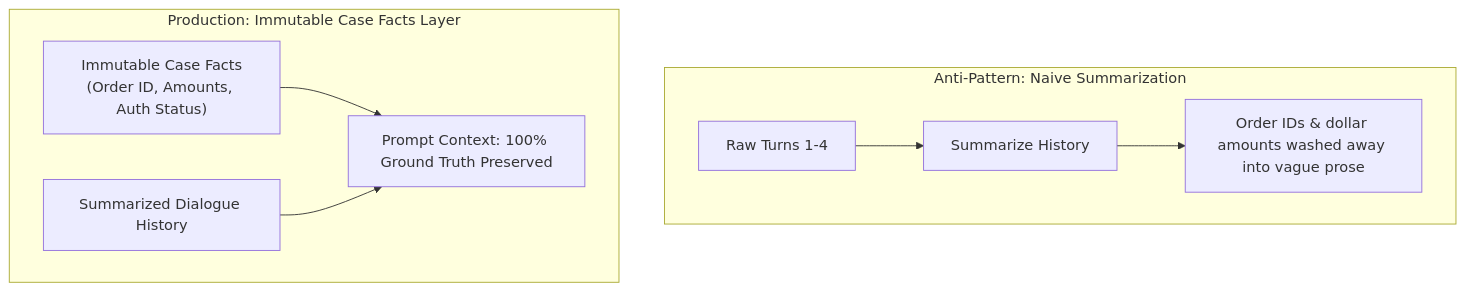
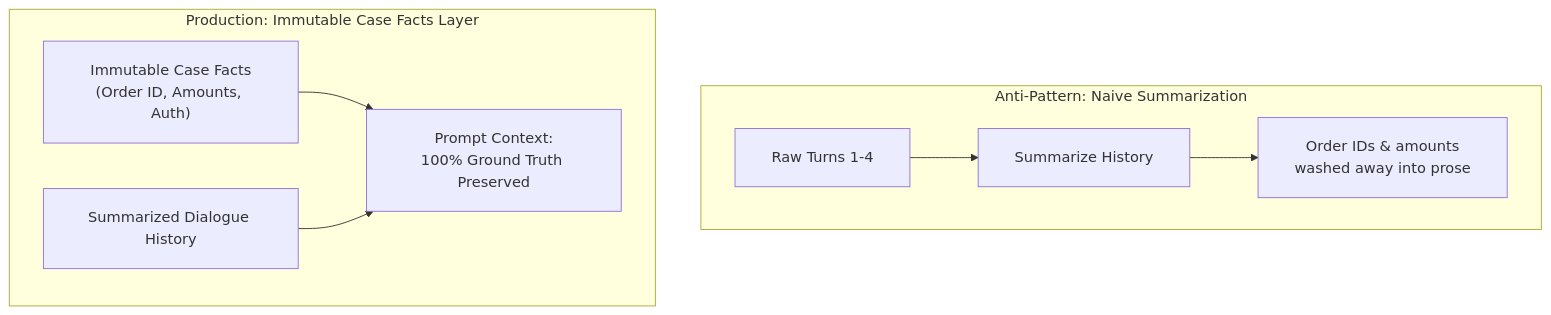
The second of 6 diagrams in domain5/KEY_CONCEPTS.md (dip4k/claude_cert_architect_foundation_prep), drawn with Mermaid before and after one commit. The commit also changed other lines of this file and 31 other files, not shown here.

First line of the commit message:
docs(diagrams): fix text trimming, padding, and layout in all mermaid diagrams

````diff
--- a/domain5/KEY_CONCEPTS.md
+++ b/domain5/KEY_CONCEPTS.md
@@ -49,13 +50,14 @@
 ```mermaid
+%%{init: {"flowchart": {"htmlLabels": true, "padding": 20}}}%%
 flowchart TD
     subgraph Bad["Anti-Pattern: Naive Summarization"]
         B1["Raw Turns 1-4"] --> B2["Summarize History"]
-        B2 --> B3["Order IDs & dollar amounts washed away into vague prose"]
+        B2 --> B3["Order IDs & amounts<br/>washed away into prose"]
     end
 
     subgraph Good["Production: Immutable Case Facts Layer"]
-        G1["Immutable Case Facts<br/>(Order ID, Amounts, Auth Status)"]
+        G1["Immutable Case Facts<br/>(Order ID, Amounts, Auth)"]
         G2["Summarized Dialogue History"]
-        G1 & G2 --> G3["Prompt Context: 100% Ground Truth Preserved"]
+        G1 & G2 --> G3["Prompt Context:<br/>100% Ground Truth Preserved"]
     end
 ```
````
